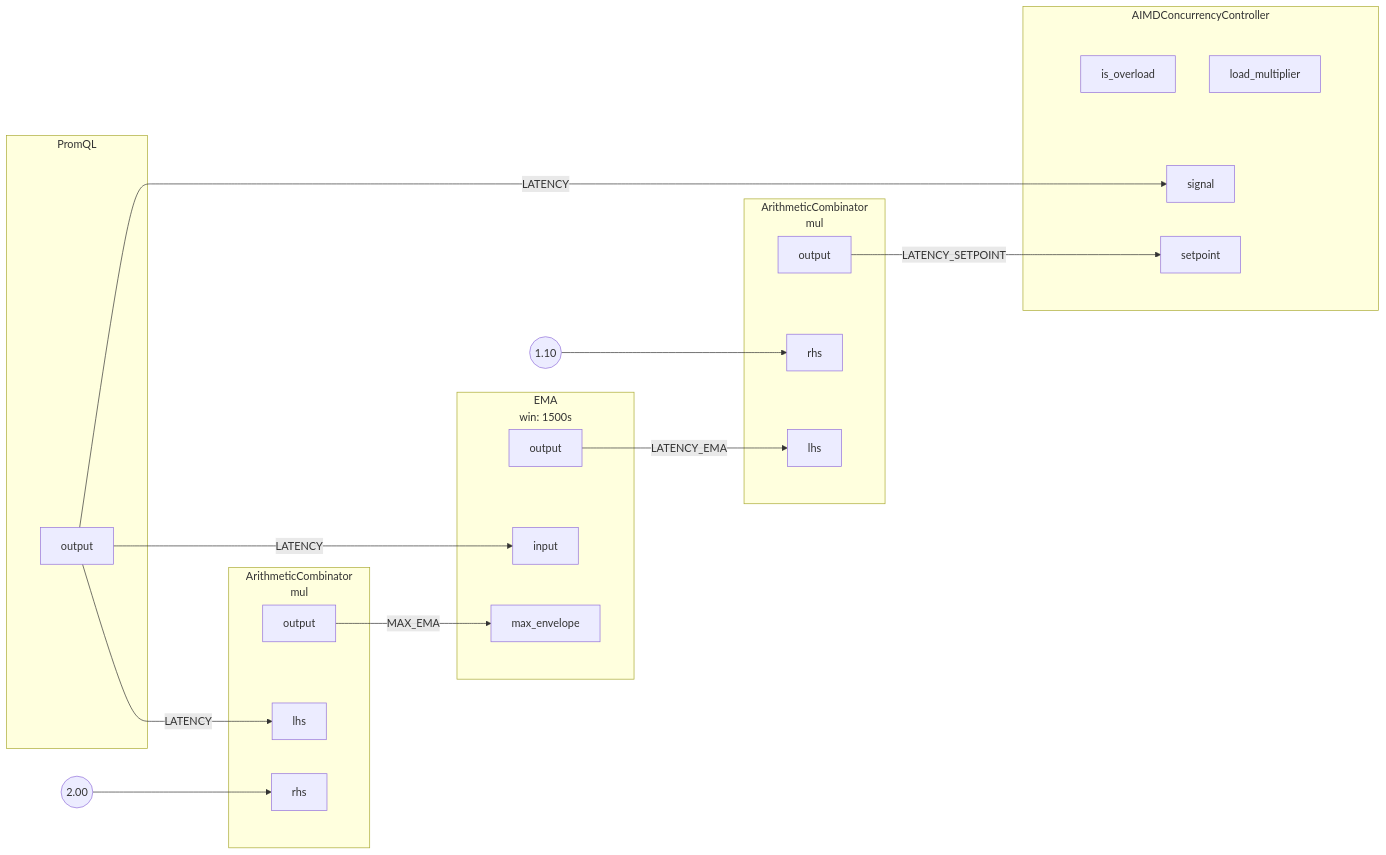
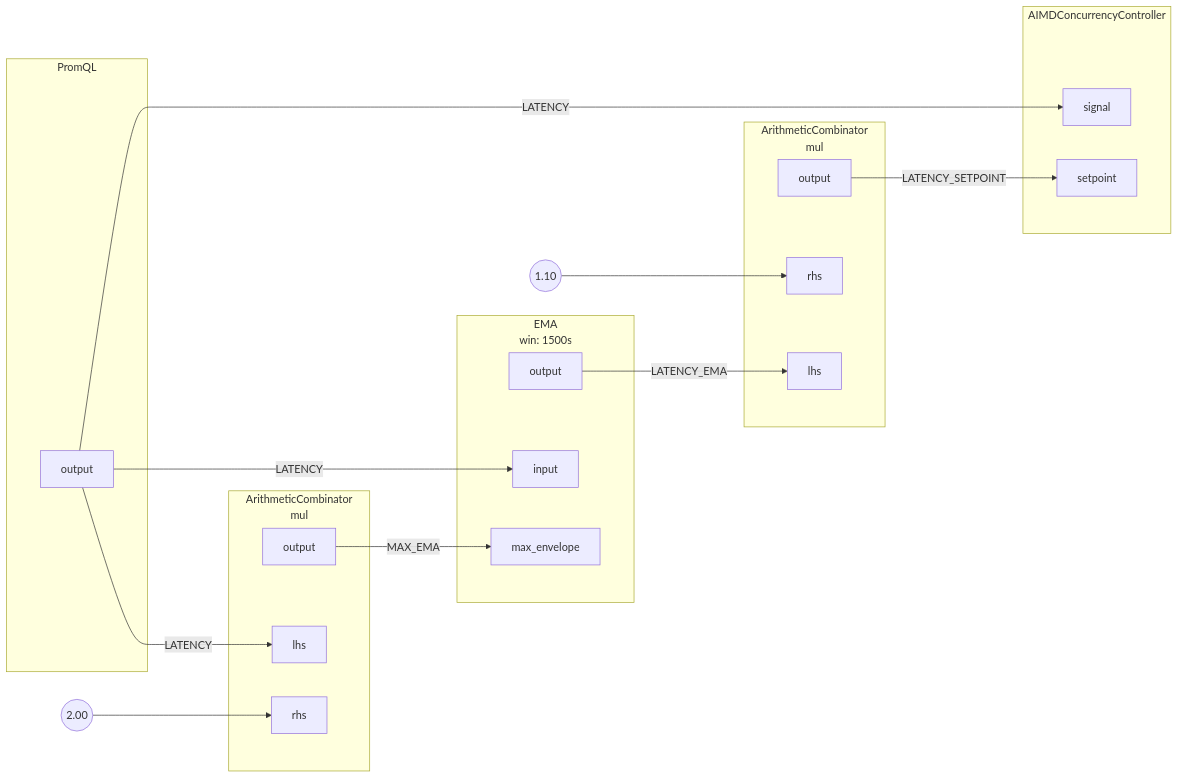
Before and after one commit to fluxninja/aperture: the diagram in docs/content/tutorials/integrations/flow-control/concurrency-limiting/assets/basic-concurrency-limiting/basic-concurrency-limiting.mmd, drawn with Mermaid. The commit also changed 18 other files, not shown here.

Commit message:
mermaid: do not render unused ports

```diff
--- a/docs/content/tutorials/integrations/flow-control/concurrency-limiting/assets/basic-concurrency-limiting/basic-concurrency-limiting.mmd
+++ b/docs/content/tutorials/integrations/flow-control/concurrency-limiting/assets/basic-concurrency-limiting/basic-concurrency-limiting.mmd
@@ -1,62 +1,60 @@
 flowchart LR
 subgraph root.0[PromQL]
 subgraph root.0_outports[ ]
 style root.0_outports fill:none,stroke:none
 root.0output[output]
 end
 end
+FakeConstant0((2.00))
+FakeConstant0 --> root.1rhs
 subgraph root.1[<center>ArithmeticCombinator<br/>mul</center>]
 subgraph root.1_inports[ ]
 style root.1_inports fill:none,stroke:none
 root.1lhs[lhs]
 root.1rhs[rhs]
 end
 subgraph root.1_outports[ ]
 style root.1_outports fill:none,stroke:none
 root.1output[output]
 end
 end
-FakeConstant0((2.00))
-FakeConstant0 --> root.1rhs
+FakeConstant1((1.10))
+FakeConstant1 --> root.2rhs
 subgraph root.2[<center>ArithmeticCombinator<br/>mul</center>]
 subgraph root.2_inports[ ]
 style root.2_inports fill:none,stroke:none
 root.2rhs[rhs]
 root.2lhs[lhs]
 end
 subgraph root.2_outports[ ]
 style root.2_outports fill:none,stroke:none
 root.2output[output]
 end
 end
-FakeConstant1((1.10))
-FakeConstant1 --> root.2rhs
 subgraph root.3[<center>EMA<br/>win: 1500s</center>]
 subgraph root.3_inports[ ]
 style root.3_inports fill:none,stroke:none
 root.3input[input]
 root.3max_envelope[max_envelope]
 end
 subgraph root.3_outports[ ]
 style root.3_outports fill:none,stroke:none
 root.3output[output]
 end
 end
 subgraph root.4[AIMDConcurrencyController]
 subgraph root.4_inports[ ]
 style root.4_inports fill:none,stroke:none
+root.4signal[signal]
 root.4setpoint[setpoint]
-root.4signal[signal]
 end
 subgraph root.4_outports[ ]
 style root.4_outports fill:none,stroke:none
-root.4is_overload[is_overload]
-root.4load_multiplier[load_multiplier]
 end
 end
-root.2output --> |LATENCY_SETPOINT| root.4setpoint
-root.3output --> |LATENCY_EMA| root.2lhs
 root.0output --> |LATENCY| root.1lhs
 root.0output --> |LATENCY| root.3input
 root.0output --> |LATENCY| root.4signal
 root.1output --> |MAX_EMA| root.3max_envelope
+root.2output --> |LATENCY_SETPOINT| root.4setpoint
+root.3output --> |LATENCY_EMA| root.2lhs
```
